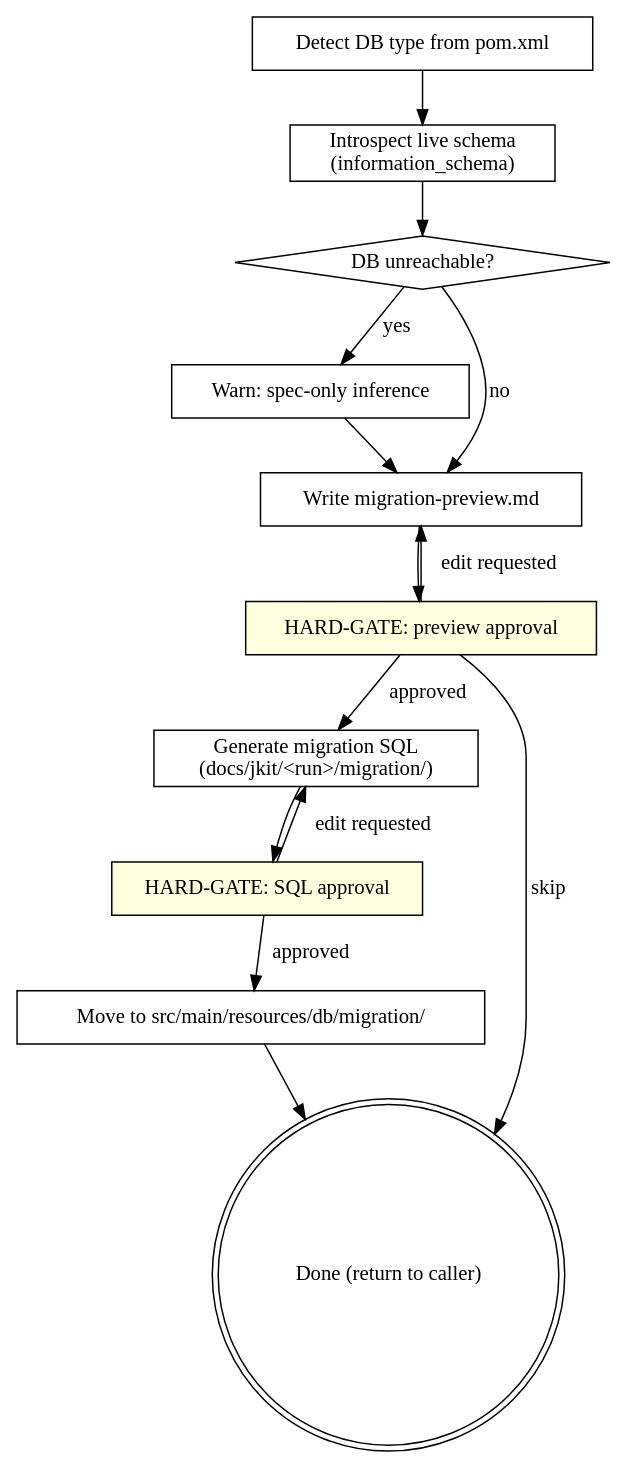
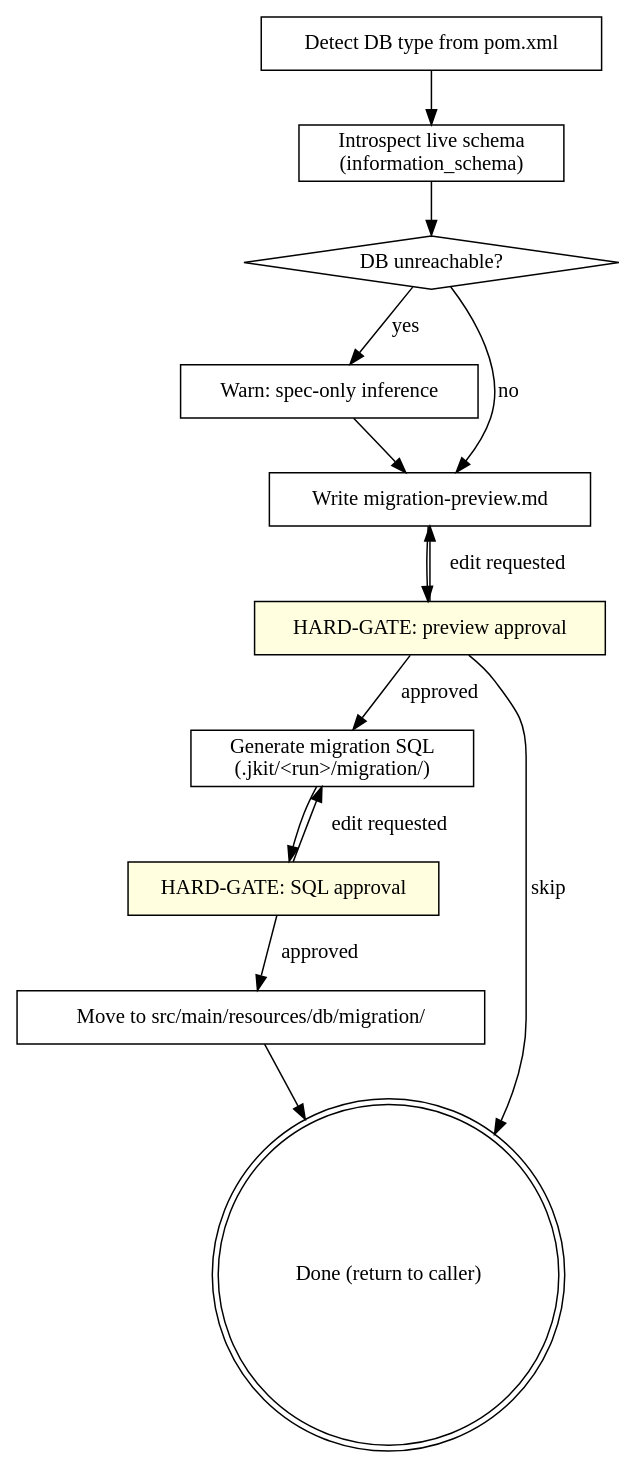
One commit to honghaowuu/jkit changed the second of 3 diagrams in docs/superpowers/specs/2026-04-21-jkit-iter2-core-loop.md. Above: the diagram before and after it, drawn with Graphviz. The commit also changed other lines of this file and 3 other files, not shown here.

````diff
--- a/docs/superpowers/specs/2026-04-21-jkit-iter2-core-loop.md
+++ b/docs/superpowers/specs/2026-04-21-jkit-iter2-core-loop.md
@@ -300,28 +321,28 @@
 ```dot
 digraph sql_migration {
     "Detect DB type from pom.xml" [shape=box];
     "Introspect live schema\n(information_schema)" [shape=box];
     "DB unreachable?" [shape=diamond];
     "Warn: spec-only inference" [shape=box];
     "Write migration-preview.md" [shape=box];
     "HARD-GATE: preview approval" [shape=box style=filled fillcolor=lightyellow];
-    "Generate migration SQL\n(docs/jkit/<run>/migration/)" [shape=box];
+    "Generate migration SQL\n(.jkit/<run>/migration/)" [shape=box];
     "HARD-GATE: SQL approval" [shape=box style=filled fillcolor=lightyellow];
     "Move to src/main/resources/db/migration/" [shape=box];
     "Done (return to caller)" [shape=doublecircle];
 
     "Detect DB type from pom.xml" -> "Introspect live schema\n(information_schema)";
     "Introspect live schema\n(information_schema)" -> "DB unreachable?";
     "DB unreachable?" -> "Warn: spec-only inference" [label="yes"];
     "DB unreachable?" -> "Write migration-preview.md" [label="no"];
     "Warn: spec-only inference" -> "Write migration-preview.md";
     "Write migration-preview.md" -> "HARD-GATE: preview approval";
-    "HARD-GATE: preview approval" -> "Generate migration SQL\n(docs/jkit/<run>/migration/)" [label="approved"];
+    "HARD-GATE: preview approval" -> "Generate migration SQL\n(.jkit/<run>/migration/)" [label="approved"];
     "HARD-GATE: preview approval" -> "Write migration-preview.md" [label="edit requested"];
     "HARD-GATE: preview approval" -> "Done (return to caller)" [label="skip"];
-    "Generate migration SQL\n(docs/jkit/<run>/migration/)" -> "HARD-GATE: SQL approval";
+    "Generate migration SQL\n(.jkit/<run>/migration/)" -> "HARD-GATE: SQL approval";
     "HARD-GATE: SQL approval" -> "Move to src/main/resources/db/migration/" [label="approved"];
-    "HARD-GATE: SQL approval" -> "Generate migration SQL\n(docs/jkit/<run>/migration/)" [label="edit requested"];
+    "HARD-GATE: SQL approval" -> "Generate migration SQL\n(.jkit/<run>/migration/)" [label="edit requested"];
     "Move to src/main/resources/db/migration/" -> "Done (return to caller)";
 }
 ```
````
